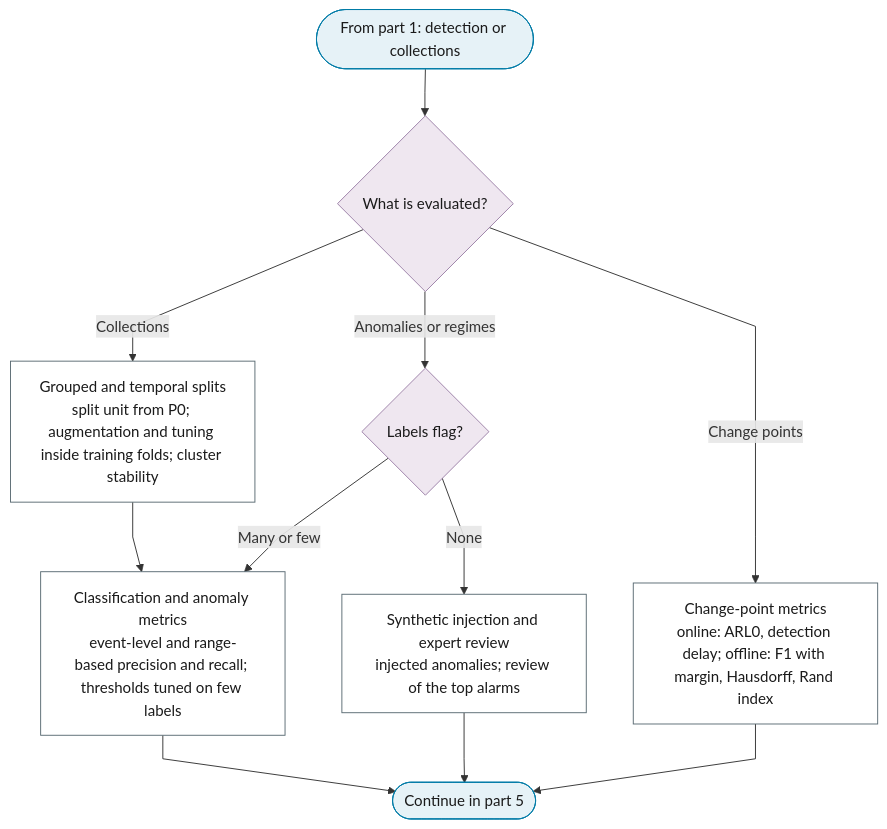
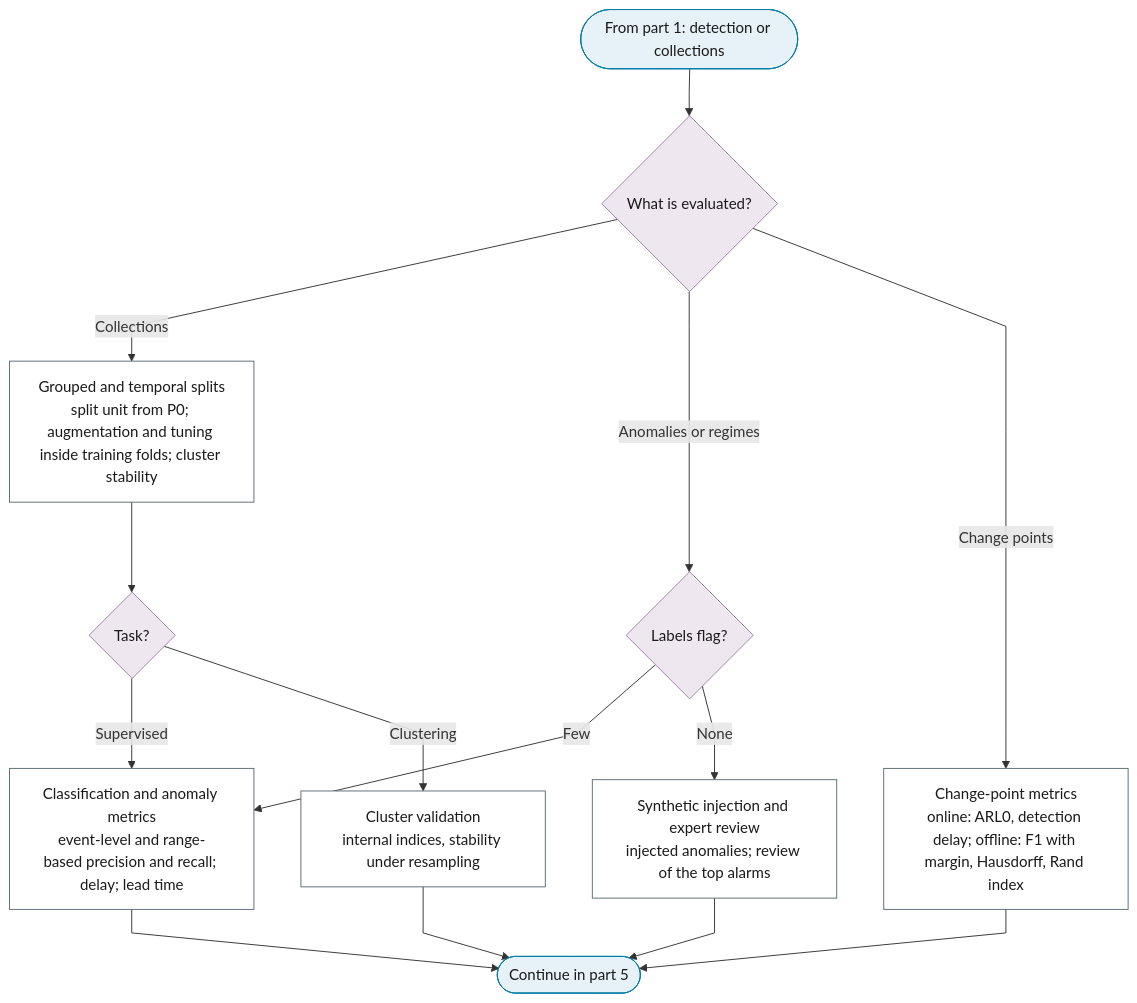
Before and after one commit to Shuxin-Y/time-series-analysis-manual: the third of 5 diagrams in docs/01-workflow/p10-evaluation-selection.md, drawn with Mermaid. The commit also changed other lines of this file and 20 other files, not shown here.

First line of the commit message:
fix(charts): one placement per purpose leaf; branch table; exits and labels

````diff
--- a/docs/01-workflow/p10-evaluation-selection.md
+++ b/docs/01-workflow/p10-evaluation-selection.md
@@ -61,23 +61,25 @@
 ```mermaid
 %%{init: {"flowchart": {"curve": "linear"}}}%%
 graph TD
     P10_PART_3_IN(["From part 1: detection or collections"]) --> P10_EVENTS{"What is evaluated?"}
     P10_EVENTS -->|"Collections"| P10_GROUPED_SPLITS["Grouped and temporal splits<br/>split unit from P0; augmentation and tuning inside training folds; cluster stability"]
     P10_EVENTS -->|"Anomalies or regimes"| P10_LABELS{"Labels flag?"}
     P10_EVENTS -->|"Change points"| P10_CHANGE_POINT_METRICS["Change-point metrics<br/>online: ARL0, detection delay; offline: F1 with margin, Hausdorff, Rand index"]
-    P10_LABELS -->|"Many or few"| P10_CLASSIFICATION_METRICS["Classification and anomaly metrics<br/>event-level and range-based precision and recall; thresholds tuned on few labels"]
+    P10_LABELS -->|"Few"| P10_CLASSIFICATION_METRICS["Classification and anomaly metrics<br/>event-level and range-based precision and recall; delay; lead time"]
     P10_LABELS -->|"None"| P10_UNLABELLED["Synthetic injection and expert review<br/>injected anomalies; review of the top alarms"]
-    P10_GROUPED_SPLITS --> P10_CLASSIFICATION_METRICS
-    P10_CLASSIFICATION_METRICS & P10_UNLABELLED & P10_CHANGE_POINT_METRICS --> P10_PART_3_OUT(["Continue in part 5"])
+    P10_GROUPED_SPLITS --> P10_COLLECTION_TASK{"Task?"}
+    P10_COLLECTION_TASK -->|"Supervised"| P10_CLASSIFICATION_METRICS
+    P10_COLLECTION_TASK -->|"Clustering"| P10_CLUSTER_VALIDATION["Cluster validation<br/>internal indices, stability under resampling"]
+    P10_CLASSIFICATION_METRICS & P10_UNLABELLED & P10_CHANGE_POINT_METRICS & P10_CLUSTER_VALIDATION --> P10_PART_3_OUT(["Continue in part 5"])
     class P10_PART_3_IN,P10_PART_3_OUT terminator
-    class P10_EVENTS,P10_LABELS decision
-    class P10_GROUPED_SPLITS,P10_CHANGE_POINT_METRICS,P10_CLASSIFICATION_METRICS,P10_UNLABELLED process
+    class P10_EVENTS,P10_LABELS,P10_COLLECTION_TASK decision
+    class P10_GROUPED_SPLITS,P10_CHANGE_POINT_METRICS,P10_CLASSIFICATION_METRICS,P10_UNLABELLED,P10_CLUSTER_VALIDATION process
     classDef terminator fill:#E6F2F7,stroke:#007BA7,color:#1A1A1A;
     classDef process fill:#FFFFFF,stroke:#5A6B73,color:#1A1A1A;
     classDef decision fill:#EFE7F0,stroke:#9B7FA7,color:#1A1A1A;
     classDef data fill:#FFF4E0,stroke:#C9A55E,color:#1A1A1A;
     classDef good fill:#DCEFD8,stroke:#4A7A3F,color:#1A1A1A;
     classDef escalate fill:#FFE9C2,stroke:#C9A55E,color:#1A1A1A;
     classDef problem fill:#F2D9DE,stroke:#800020,color:#1A1A1A;
     classDef ref fill:#F7F7F7,stroke:#5A6B73,color:#1A1A1A,stroke-dasharray:4 3;
 ```
````
